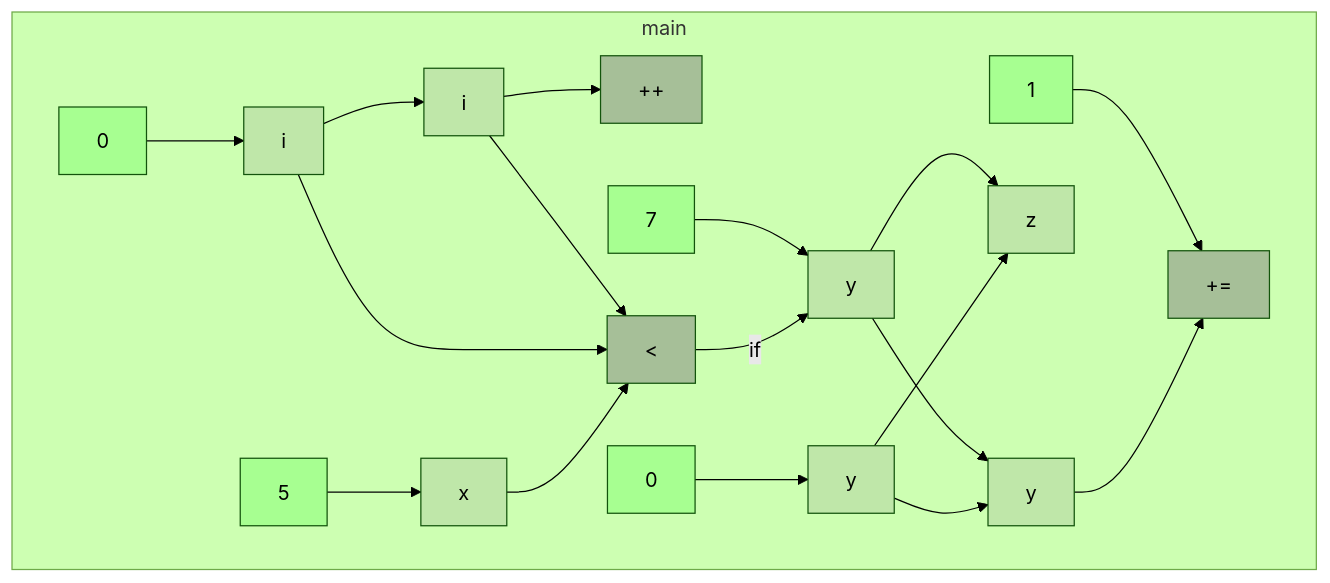
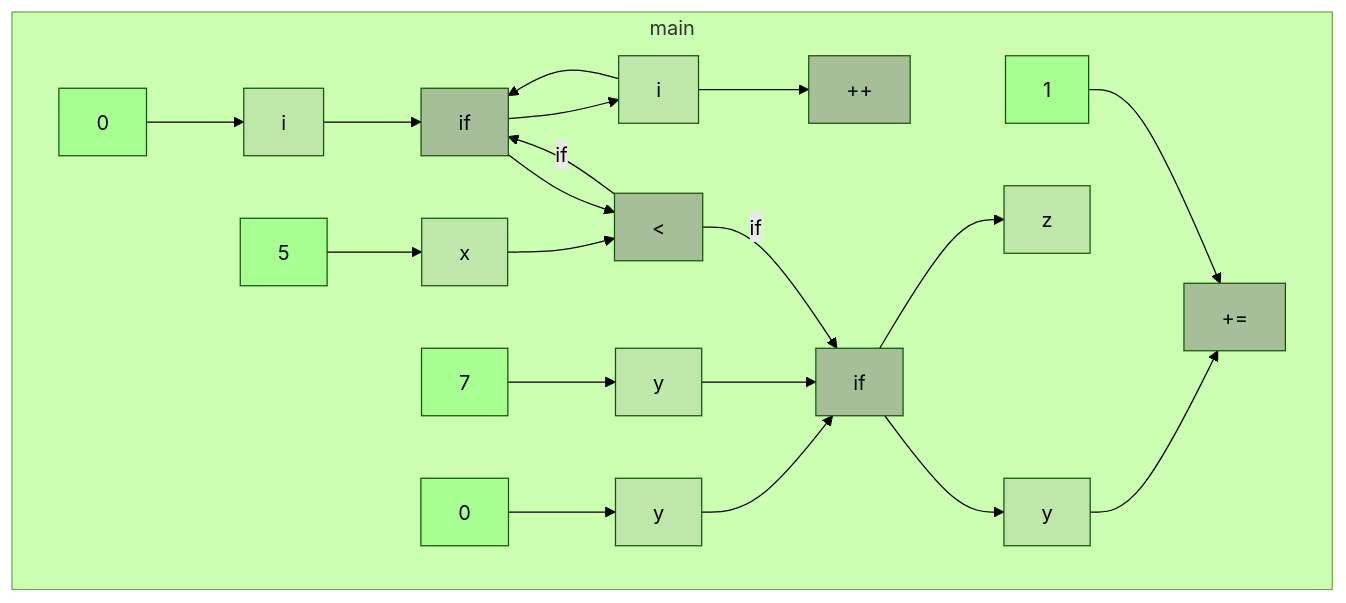
The diagram in app/src/test/resources/forLoop/spike-truth.md (gstiebler/codeflow), drawn with Mermaid (forest theme) before and after one commit. The commit also changed 17 other files, not shown here.

````diff
--- a/app/src/test/resources/forLoop/spike-truth.md
+++ b/app/src/test/resources/forLoop/spike-truth.md
@@ -3,43 +3,47 @@
 ```mermaid
 flowchart TD
   subgraph m0["main"]
     n0["++"]:::BIN_OP
     n1["+="]:::BIN_OP
     n2["#lt;"]:::BIN_OP
-    n3["0"]:::LITERAL
-    n4["0"]:::LITERAL
-    n5["1"]:::LITERAL
-    n6["5"]:::LITERAL
-    n7["7"]:::LITERAL
-    n8["i"]:::VARIABLE
-    n9["i"]:::VARIABLE
-    n10["x"]:::VARIABLE
-    n11["y"]:::VARIABLE
-    n12["y"]:::VARIABLE
+    n3["if"]:::BIN_OP
+    n4["if"]:::BIN_OP
+    n5["0"]:::LITERAL
+    n6["0"]:::LITERAL
+    n7["1"]:::LITERAL
+    n8["5"]:::LITERAL
+    n9["7"]:::LITERAL
+    n10["i"]:::VARIABLE
+    n11["i"]:::VARIABLE
+    n12["x"]:::VARIABLE
     n13["y"]:::VARIABLE
-    n14["z"]:::VARIABLE
+    n14["y"]:::VARIABLE
+    n15["y"]:::VARIABLE
+    n16["z"]:::VARIABLE
   end
-  n10 --> n2
-  n11 --> n13
-  n11 --> n14
-  n12 --> n13
-  n12 --> n14
-  n13 --> n1
-  n2 -->|if| n12
-  n3 --> n11
-  n4 --> n8
-  n5 --> n1
+  n10 --> n4
+  n11 --> n0
+  n11 --> n4
+  n12 --> n2
+  n13 --> n3
+  n14 --> n3
+  n15 --> n1
+  n2 -->|if| n3
+  n2 -->|if| n4
+  n3 --> n15
+  n3 --> n16
+  n4 --> n11
+  n4 --> n2
+  n5 --> n13
   n6 --> n10
-  n7 --> n12
-  n8 --> n2
-  n8 --> n9
-  n9 --> n0
-  n9 --> n2
+  n7 --> n1
+  n8 --> n12
+  n9 --> n14
   classDef LITERAL fill:#00FF0030
   classDef VARIABLE fill:#80808030
   classDef BIN_OP fill:#80808080
   classDef FUNC_PARAM fill:#8080FF30
   classDef RETURN fill:#FF808080
   classDef EXTERNAL fill:#FFA50040
   classDef UNMODELLED fill:#FF000030,stroke-dasharray: 4 2
 ```
````
